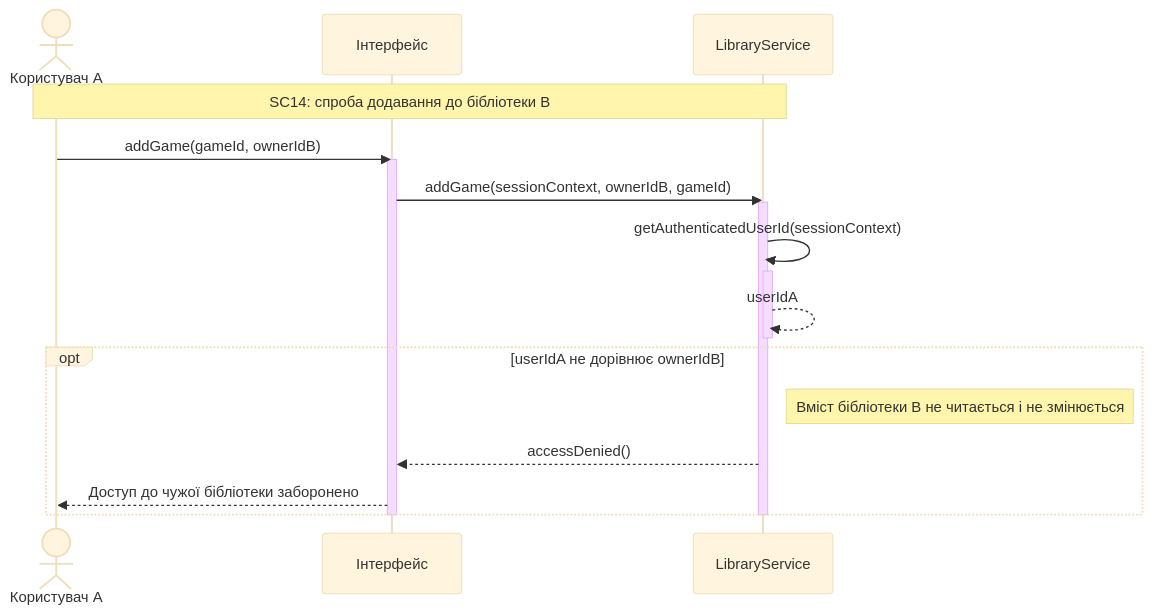
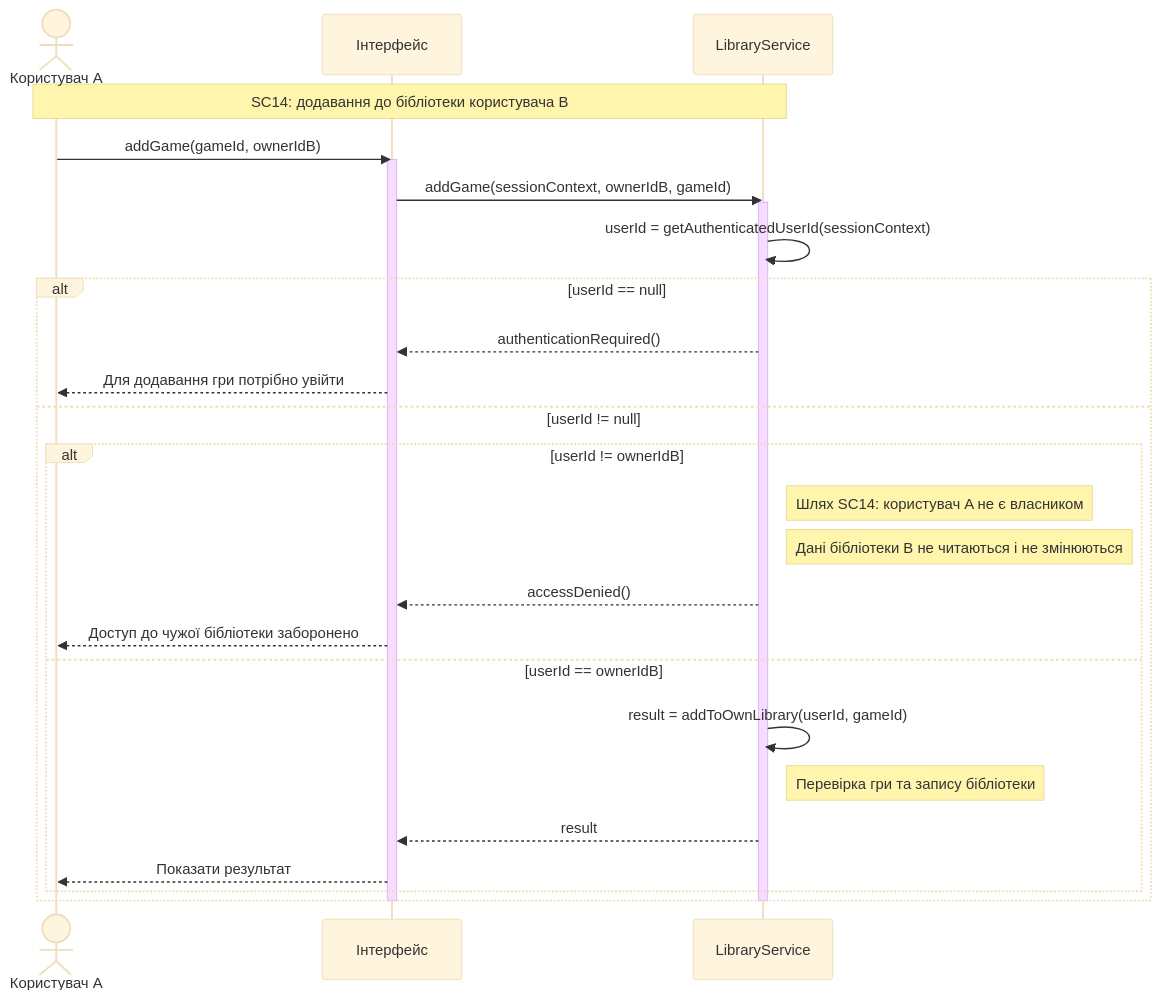
Before and after one commit to Bbg0kif/KPI: the diagram in Lab3/sc14-foreign-library.mmd, drawn with Mermaid (base theme). The commit also changed 2 other files, not shown here.

```diff
--- a/Lab3/sc14-foreign-library.mmd
+++ b/Lab3/sc14-foreign-library.mmd
@@ -1,25 +1,35 @@
 sequenceDiagram
     actor User as Користувач A
     participant UI as Інтерфейс
     participant LS as LibraryService
 
-    Note over User,LS: SC14: спроба додавання до бібліотеки B
+    Note over User,LS: SC14: додавання до бібліотеки користувача B
 
     User->>UI: addGame(gameId, ownerIdB)
     activate UI
     UI->>LS: addGame(sessionContext, ownerIdB, gameId)
     activate LS
 
-    LS->>LS: getAuthenticatedUserId(sessionContext)
-    activate LS
-    LS-->>LS: userIdA
-    deactivate LS
+    LS->>LS: userId = getAuthenticatedUserId(sessionContext)
 
-    opt userIdA не дорівнює ownerIdB
-        Note right of LS: Вміст бібліотеки B не читається і не змінюється
-        LS-->>UI: accessDenied()
-        UI-->>User: Доступ до чужої бібліотеки заборонено
+    alt userId == null
+        LS-->>UI: authenticationRequired()
+        UI-->>User: Для додавання гри потрібно увійти
+
+    else userId != null
+        alt userId != ownerIdB
+            Note right of LS: Шлях SC14: користувач A не є власником
+            Note right of LS: Дані бібліотеки B не читаються і не змінюються
+            LS-->>UI: accessDenied()
+            UI-->>User: Доступ до чужої бібліотеки заборонено
+
+        else userId == ownerIdB
+            LS->>LS: result = addToOwnLibrary(userId, gameId)
+            Note right of LS: Перевірка гри та запису бібліотеки
+            LS-->>UI: result
+            UI-->>User: Показати результат
+        end
     end
 
     deactivate LS
     deactivate UI
```
